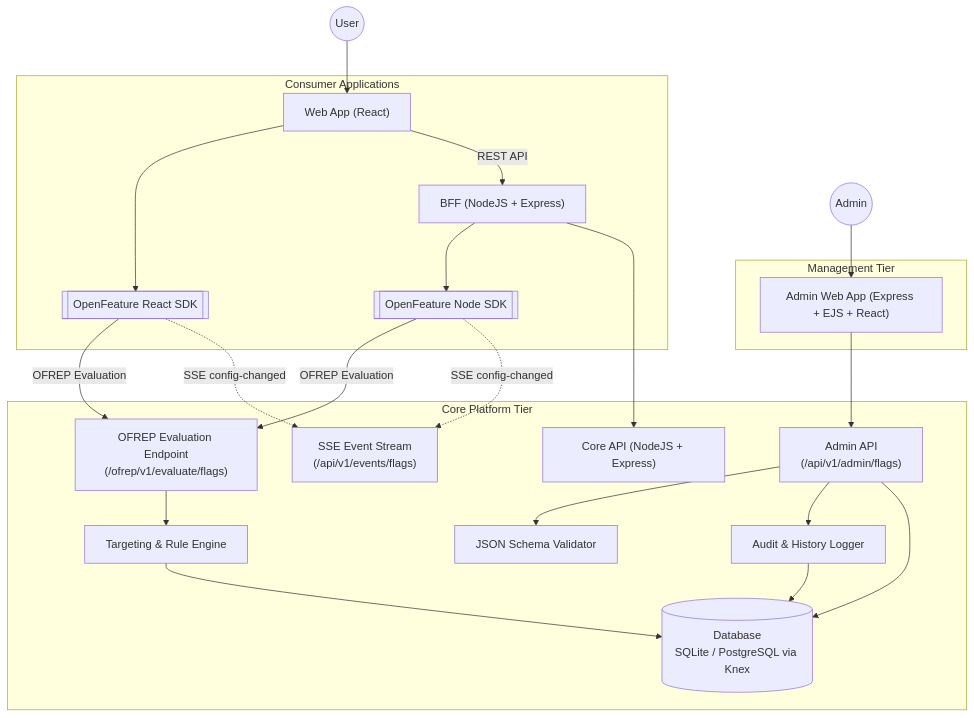
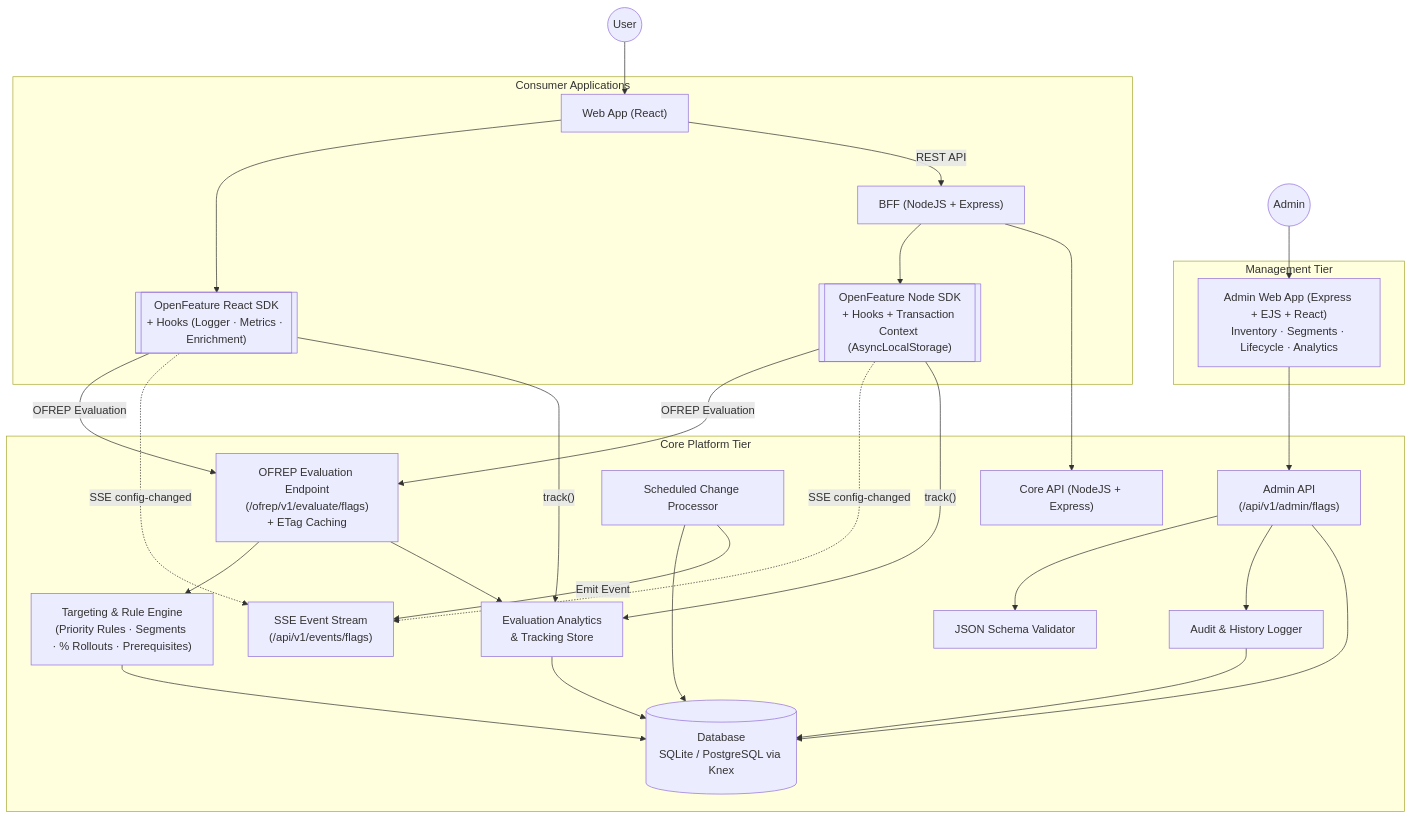
The diagram in INTENT.md (justinmandac/openfeature-poc), drawn with Mermaid before and after one commit. The commit also changed other lines of this file and 27 other files, not shown here.

Commit message:
feat: implement TPO review enhancements (prerequisites, segments, % rollouts, lifecycle, scheduled releases, hooks, tracking, and hygiene)

````diff
--- a/INTENT.md
+++ b/INTENT.md
@@ -55,47 +82,55 @@
 ```mermaid
 flowchart TD
 
     subgraph Consumers ["Consumer Applications"]
         WEBAPP["Web App (React)"]
-        WEBSDK[["OpenFeature React SDK"]]
+        WEBSDK[["OpenFeature React SDK\n+ Hooks (Logger · Metrics · Enrichment)"]]
         BFF["BFF (NodeJS + Express)"]
-        BFFSDK[["OpenFeature Node SDK"]]
+        BFFSDK[["OpenFeature Node SDK\n+ Hooks + Transaction Context (AsyncLocalStorage)"]]
     end
 
     subgraph Admin ["Management Tier"]
-        ADMIN["Admin Web App (Express + EJS + React)"]
+        ADMIN["Admin Web App (Express + EJS + React)\nInventory · Segments · Lifecycle · Analytics"]
     end
 
     subgraph CorePlatform ["Core Platform Tier"]
         API["Core API (NodeJS + Express)"]
-        OFREP["OFREP Evaluation Endpoint\n(/ofrep/v1/evaluate/flags)"]
+        OFREP["OFREP Evaluation Endpoint\n(/ofrep/v1/evaluate/flags)\n+ ETag Caching"]
         SSE["SSE Event Stream\n(/api/v1/events/flags)"]
         ADMINAPI["Admin API\n(/api/v1/admin/flags)"]
-        ENGINE["Targeting & Rule Engine"]
+        ENGINE["Targeting & Rule Engine\n(Priority Rules · Segments · % Rollouts · Prerequisites)"]
         SCHEMA["JSON Schema Validator"]
         AUDIT["Audit & History Logger"]
+        SCHEDULER["Scheduled Change Processor"]
+        ANALYTICS["Evaluation Analytics\n& Tracking Store"]
         DB[(Database\nSQLite / PostgreSQL via Knex)]
     end
 
     USER(("User")) --> WEBAPP
     ADMINUSER(("Admin")) --> ADMIN
 
     WEBAPP --> WEBSDK
     WEBSDK -->|OFREP Evaluation| OFREP
     WEBSDK -.->|SSE config-changed| SSE
+    WEBSDK -->|"track()"| ANALYTICS
     WEBAPP -->|REST API| BFF
 
     BFF --> BFFSDK
     BFFSDK -->|OFREP Evaluation| OFREP
     BFFSDK -.->|SSE config-changed| SSE
+    BFFSDK -->|"track()"| ANALYTICS
     BFF --> API
 
     ADMIN --> ADMINAPI
     ADMINAPI --> SCHEMA
     ADMINAPI --> AUDIT
     ADMINAPI --> DB
 
     OFREP --> ENGINE
+    OFREP --> ANALYTICS
     ENGINE --> DB
     AUDIT --> DB
+    SCHEDULER --> DB
+    SCHEDULER -->|Emit Event| SSE
+    ANALYTICS --> DB
 ```
````
